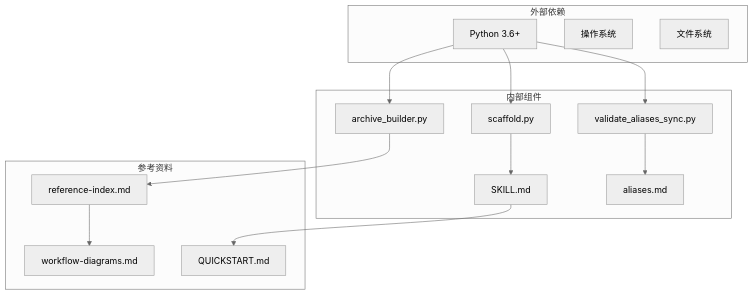
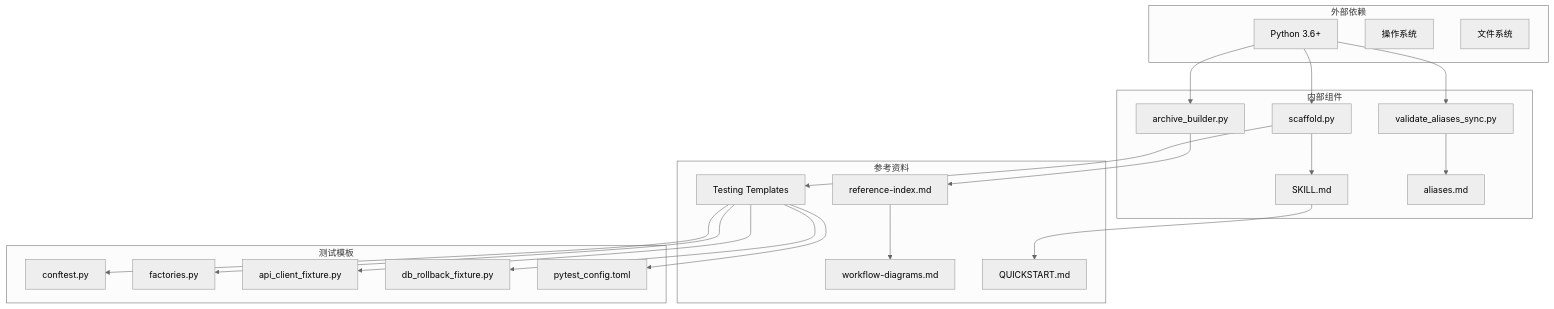
The seventh of 7 diagrams in .qoder/repowiki/zh/content/自动化工具/脚手架自动化脚本.md (AngelWings1997/altas), drawn with Mermaid (neutral theme) before and after one commit. The commit also changed other lines of this file and 16 other files, not shown here.

````diff
--- a/.qoder/repowiki/zh/content/自动化工具/脚手架自动化脚本.md
+++ b/.qoder/repowiki/zh/content/自动化工具/脚手架自动化脚本.md
@@ -309,28 +431,42 @@
 ```mermaid
 graph TB
 subgraph "外部依赖"
 PY[Python 3.6+]
 OS[操作系统]
 FS[文件系统]
 end
 subgraph "内部组件"
 SC[scaffold.py]
 AB[archive_builder.py]
 VA[validate_aliases_sync.py]
 SK[SKILL.md]
 AL[aliases.md]
 end
 subgraph "参考资料"
 RI[reference-index.md]
 WD[workflow-diagrams.md]
 QS[QUICKSTART.md]
+TT[Testing Templates]
+end
+subgraph "测试模板"
+CT[conftest.py]
+FC[factories.py]
+AC[api_client_fixture.py]
+DC[db_rollback_fixture.py]
+PC[pytest_config.toml]
 end
 PY --> SC
 PY --> AB
 PY --> VA
 SC --> SK
+SC --> TT
 AB --> RI
 VA --> AL
 SK --> QS
 RI --> WD
+TT --> CT
+TT --> FC
+TT --> AC
+TT --> DC
+TT --> PC
 ```
````
